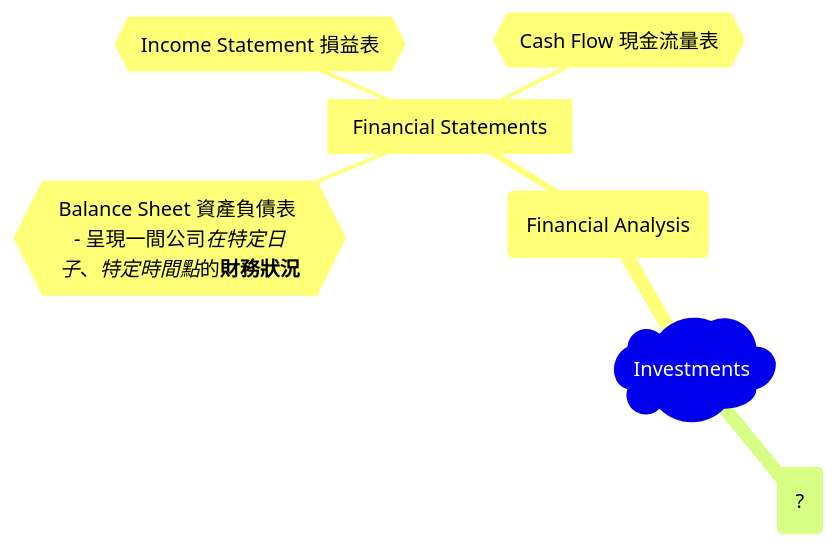
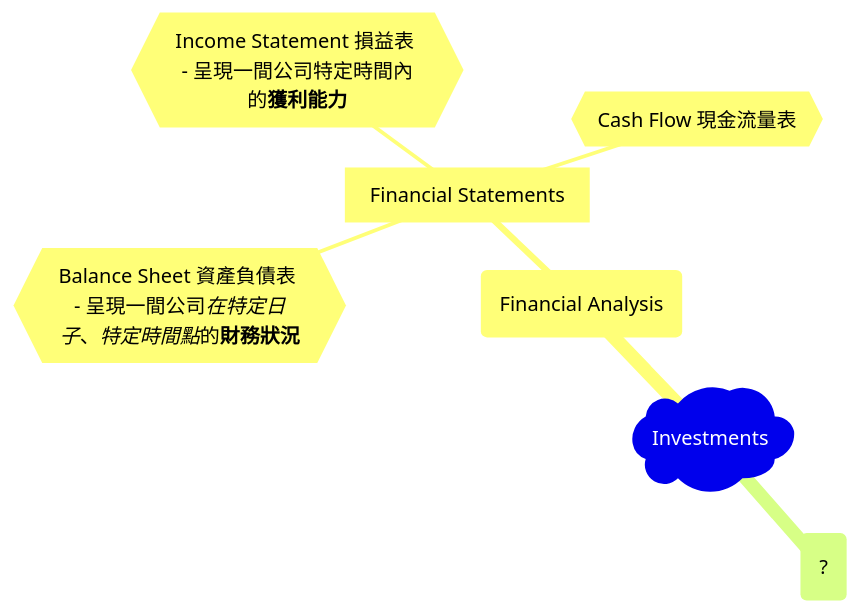
Before and after one commit to keenhenry/keenhenry.github.io: the first of 2 diagrams in _posts/2025-01-15-investment-knowledge.md, drawn with Mermaid. The commit also changed other lines of this file, not shown here.

````diff
--- a/_posts/2025-01-15-investment-knowledge.md
+++ b/_posts/2025-01-15-investment-knowledge.md
@@ -13,10 +13,10 @@
 ```mermaid
 mindmap
   root)Investments(
     core1(Financial Analysis)
       fa-branch1[Financial Statements]
         fs1{{"`Balance Sheet 資產負債表 - 呈現一間公司*在特定日子*、*特定時間點*的**財務狀況**`"}}
-        fs2{{Income Statement 損益表}}
+        fs2{{"`Income Statement 損益表 - 呈現一間公司特定時間內的**獲利能力**`"}}
         fs3{{Cash Flow 現金流量表}}
     core2(?)
 ```
````
